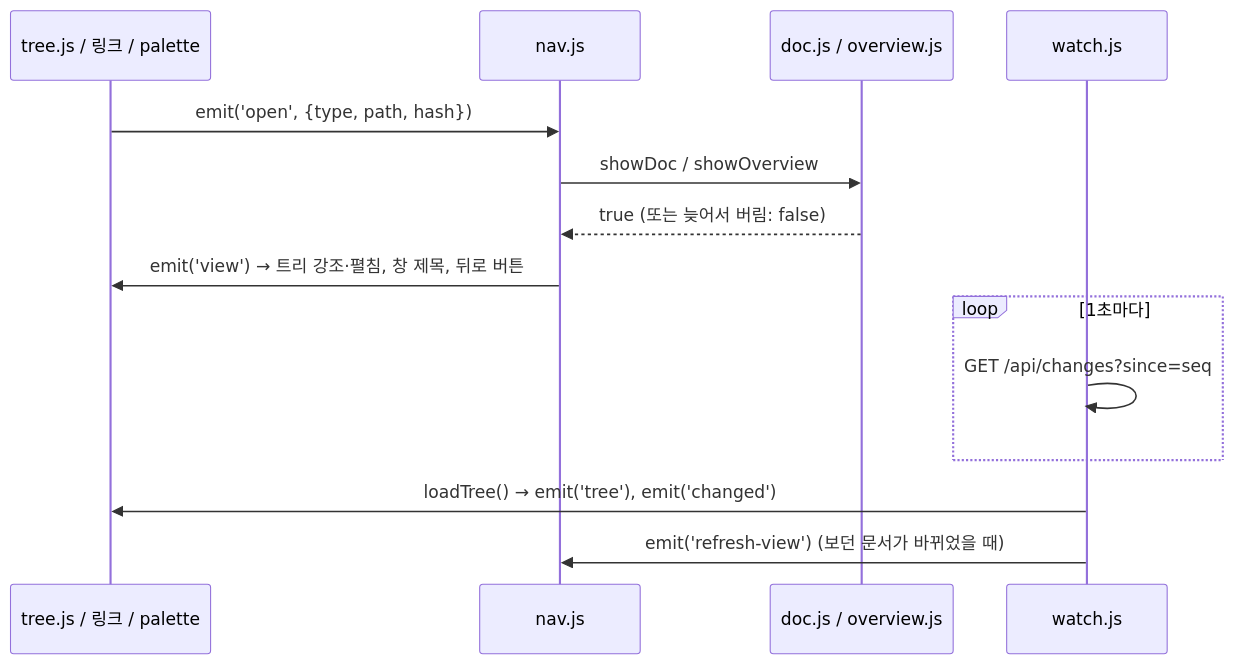
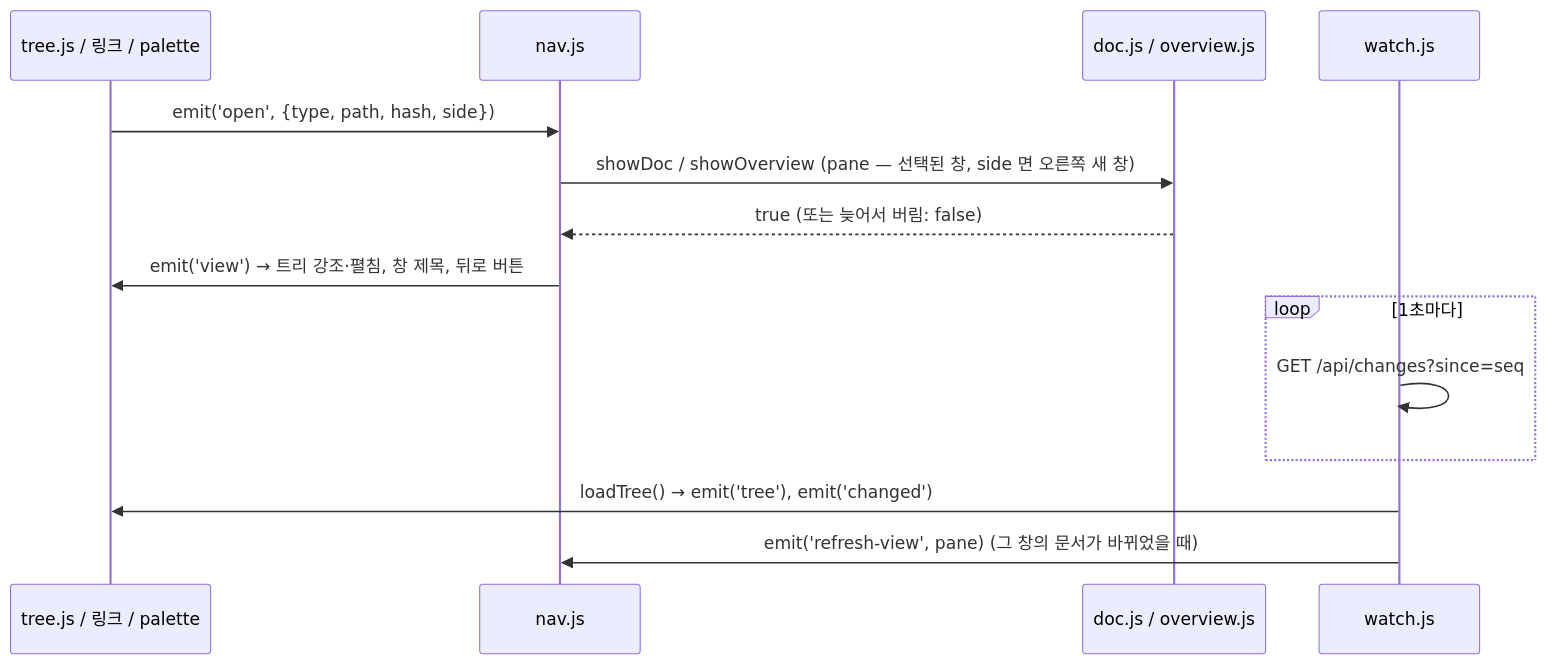
The second of 2 diagrams in docs/ARCHITECTURE.md (samiblog/lectern), drawn with Mermaid before and after one commit. The commit also changed other lines of this file and 34 other files, not shown here.

````diff
--- a/docs/ARCHITECTURE.md
+++ b/docs/ARCHITECTURE.md
@@ -144,16 +144,16 @@
 ```mermaid
 sequenceDiagram
     participant T as tree.js / 링크 / palette
     participant N as nav.js
     participant D as doc.js / overview.js
     participant W as watch.js
-    T->>N: emit('open', {type, path, hash})
-    N->>D: showDoc / showOverview
+    T->>N: emit('open', {type, path, hash, side})
+    N->>D: showDoc / showOverview (pane — 선택된 창, side 면 오른쪽 새 창)
     D-->>N: true (또는 늦어서 버림: false)
     N->>T: emit('view') → 트리 강조·펼침, 창 제목, 뒤로 버튼
     loop 1초마다
         W->>W: GET /api/changes?since=seq
     end
     W->>T: loadTree() → emit('tree'), emit('changed')
-    W->>N: emit('refresh-view') (보던 문서가 바뀌었을 때)
+    W->>N: emit('refresh-view', pane) (그 창의 문서가 바뀌었을 때)
 ```
````
